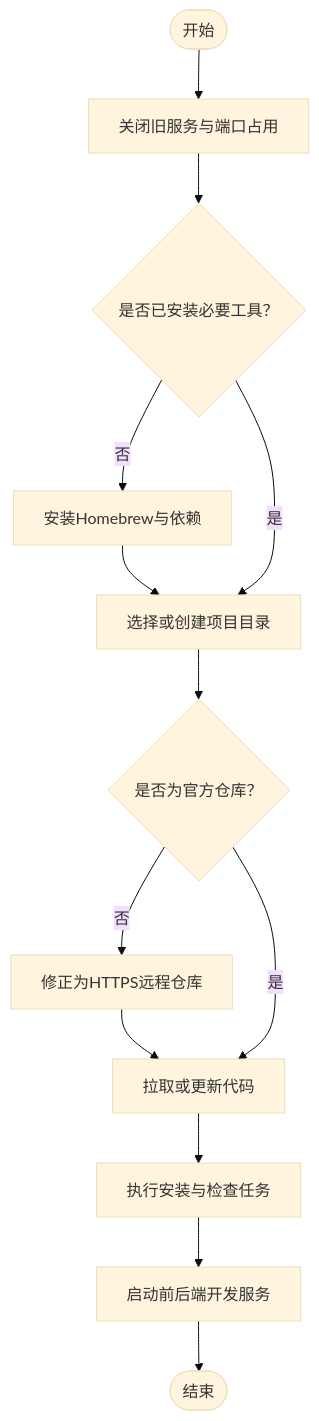
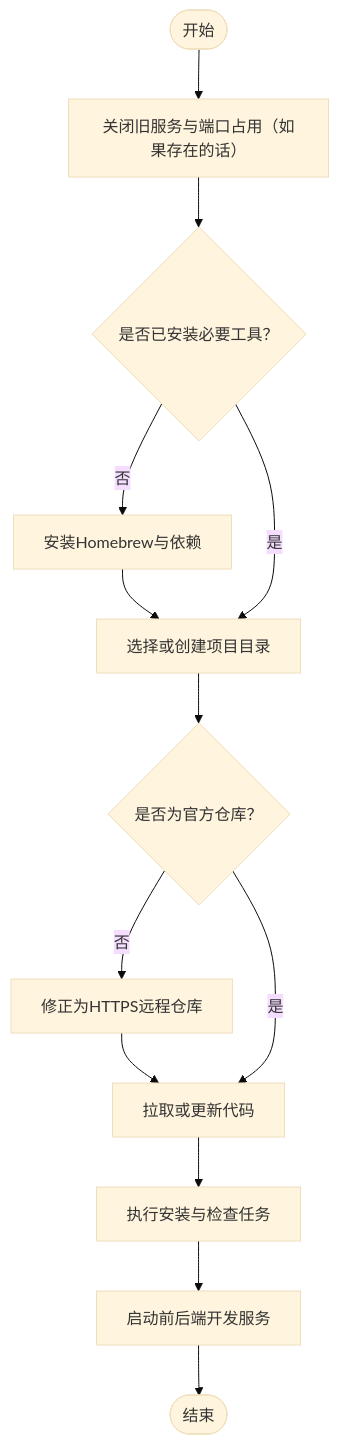
Before and after one commit to JobsKits/JobsCommand-Others: the first of 2 diagrams in 【MacOS】StirlingPDF.command/README.md, drawn with Mermaid (base theme). The commit also changed other lines of this file and 1 other file, not shown here.

Commit message:
no message

````diff
--- a/【MacOS】StirlingPDF.command/README.md
+++ b/【MacOS】StirlingPDF.command/README.md
@@ -63,15 +63,15 @@
 ```mermaid
 graph TD
-    A([开始]) --> B[关闭旧服务与端口占用]
+    A([开始]) --> B[关闭旧服务与端口占用（如果存在的话）]
     B --> C{是否已安装必要工具？}
     C --> |否| D[安装Homebrew与依赖]
     D --> E[选择或创建项目目录]
     C --> |是| E
     E --> F{是否为官方仓库？}
     F --> |否| G[修正为HTTPS远程仓库]
     G --> H[拉取或更新代码]
     F --> |是| H
     H --> I[执行安装与检查任务]
     I --> J[启动前后端开发服务]
     J --> K([结束])
 ```
````
